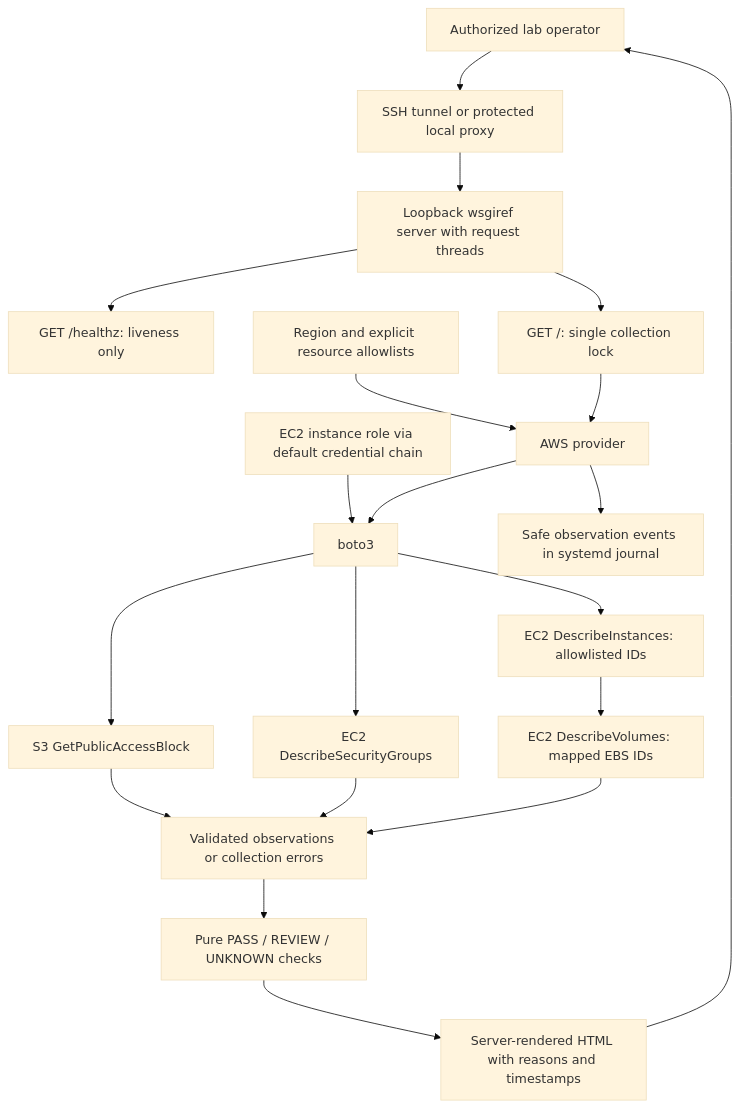
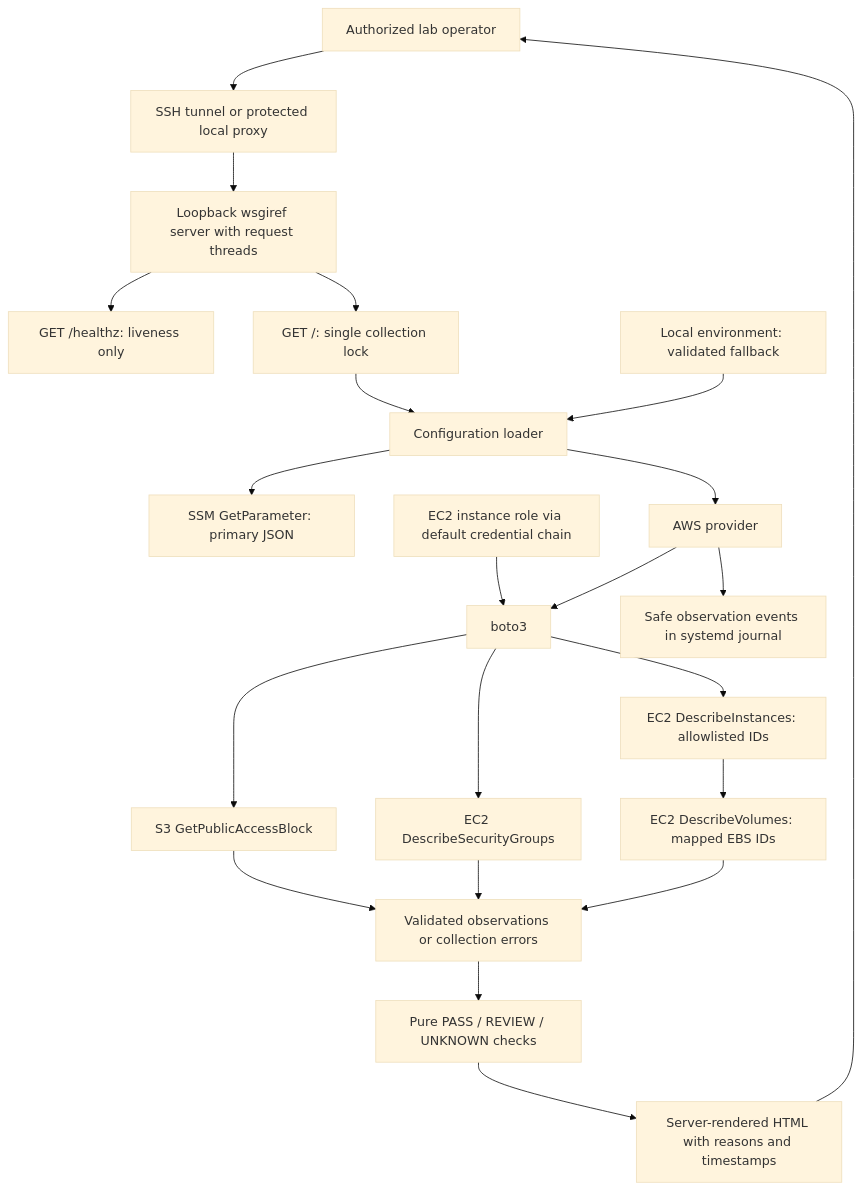
One commit to BO317/cloud-security-posture-explorer changed the diagram in docs/ARCHITECTURE.md. Above: the diagram before and after it, drawn with Mermaid (base theme). The commit also changed other lines of this file and 11 other files, not shown here.

Commit message:
Add Parameter Store configuration with environment fallback

````diff
--- a/docs/ARCHITECTURE.md
+++ b/docs/ARCHITECTURE.md
@@ -10,22 +10,24 @@
 ```mermaid
 flowchart TD
     User[Authorized lab operator] --> Access[SSH tunnel or protected local proxy]
     Access --> Web[Loopback wsgiref server with request threads]
     Web --> Health[GET /healthz: liveness only]
     Web --> Gate[GET /: single collection lock]
-    Env[Region and explicit resource allowlists] --> Provider[AWS provider]
-    Gate --> Provider
+    Gate --> Config[Configuration loader]
+    Config --> SSM[SSM GetParameter: primary JSON]
+    Env[Local environment: validated fallback] --> Config
+    Config --> Provider[AWS provider]
     Role[EC2 instance role via default credential chain] --> SDK[boto3]
     Provider --> SDK
     SDK --> S3[S3 GetPublicAccessBlock]
     SDK --> EC2[EC2 DescribeSecurityGroups]
     SDK --> Instances[EC2 DescribeInstances: allowlisted IDs]
     Instances --> Volumes[EC2 DescribeVolumes: mapped EBS IDs]
     S3 --> Evidence[Validated observations or collection errors]
     EC2 --> Evidence
     Volumes --> Evidence
     Evidence --> Checks[Pure PASS / REVIEW / UNKNOWN checks]
     Checks --> HTML[Server-rendered HTML with reasons and timestamps]
     HTML --> User
     Provider --> Audit[Safe observation events in systemd journal]
 ```
````
